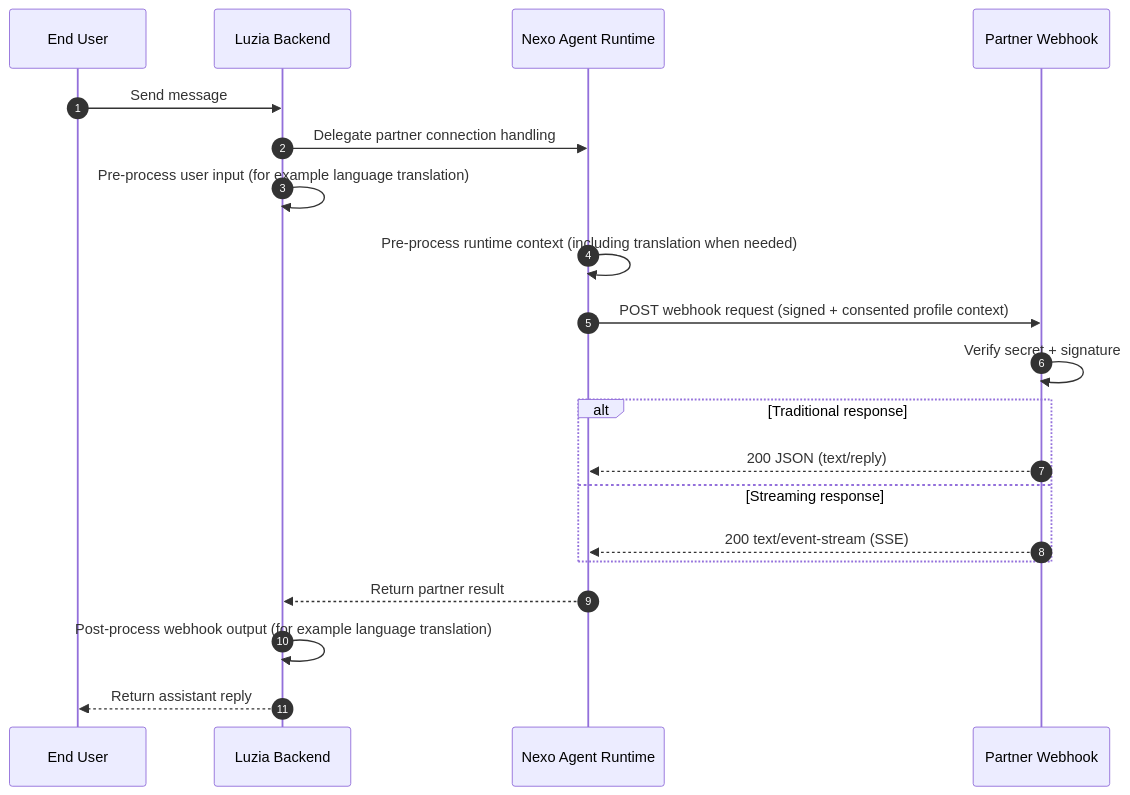
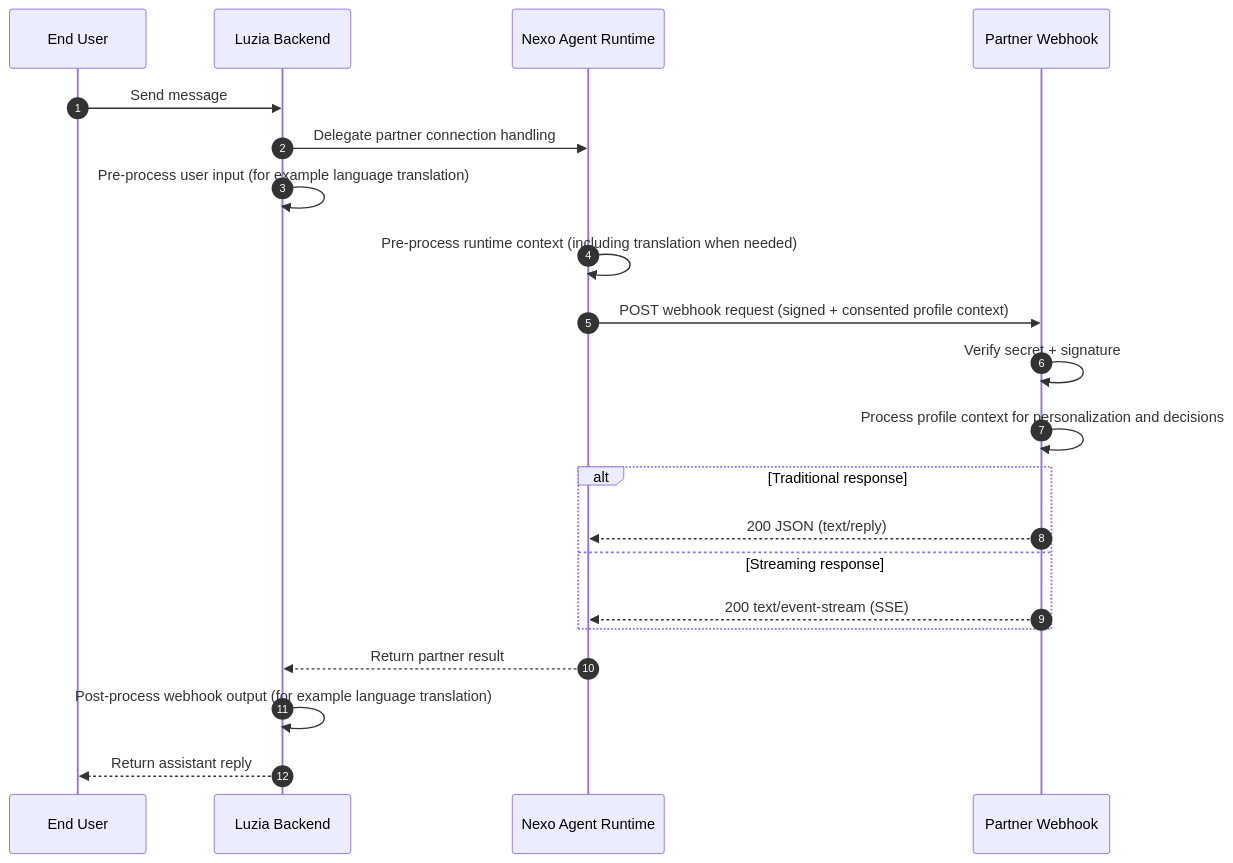
One commit to The-Wordlab/luzia-nexo-api changed the diagram in README.md. Above: the diagram before and after it, drawn with Mermaid. The commit also changed 1 other file, not shown here.

Commit message:
docs: show partner profile-processing step in sequence diagrams

````diff
--- a/README.md
+++ b/README.md
@@ -17,23 +17,24 @@
 ```mermaid
 sequenceDiagram
     autonumber
     participant User as End User
     participant Luzia as Luzia Backend
     participant Nexo as Nexo Agent Runtime
     participant Partner as Partner Webhook
 
     User->>Luzia: Send message
     Luzia->>Nexo: Delegate partner connection handling
     Luzia->>Luzia: Pre-process user input (for example language translation)
     Nexo->>Nexo: Pre-process runtime context (including translation when needed)
     Nexo->>Partner: POST webhook request (signed + consented profile context)
     Partner->>Partner: Verify secret + signature
+    Partner->>Partner: Process profile context for personalization and decisions
     alt Traditional response
         Partner-->>Nexo: 200 JSON (text/reply)
     else Streaming response
         Partner-->>Nexo: 200 text/event-stream (SSE)
     end
     Nexo-->>Luzia: Return partner result
     Luzia->>Luzia: Post-process webhook output (for example language translation)
     Luzia-->>User: Return assistant reply
 ```
````
